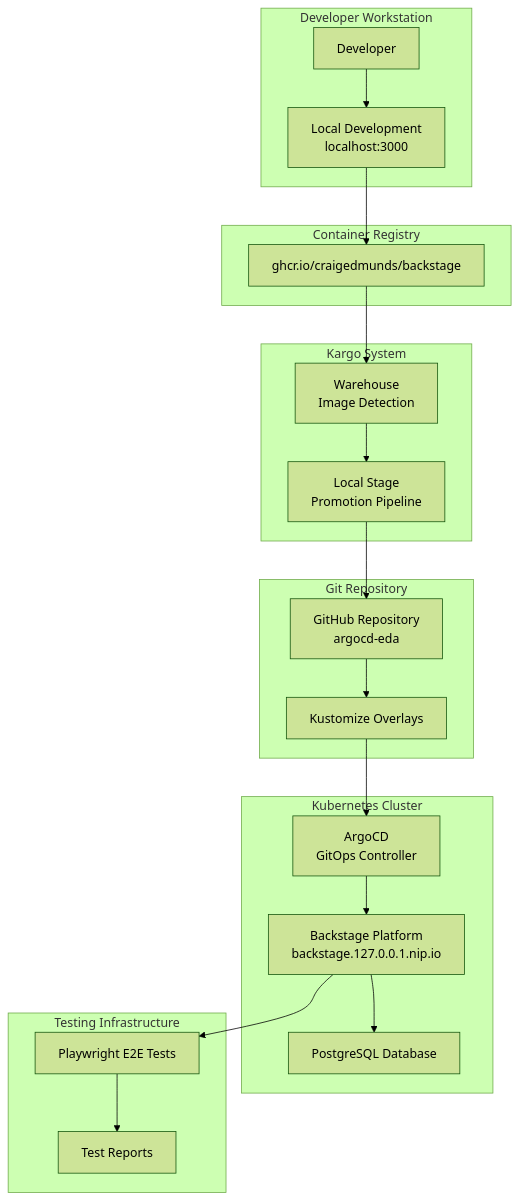
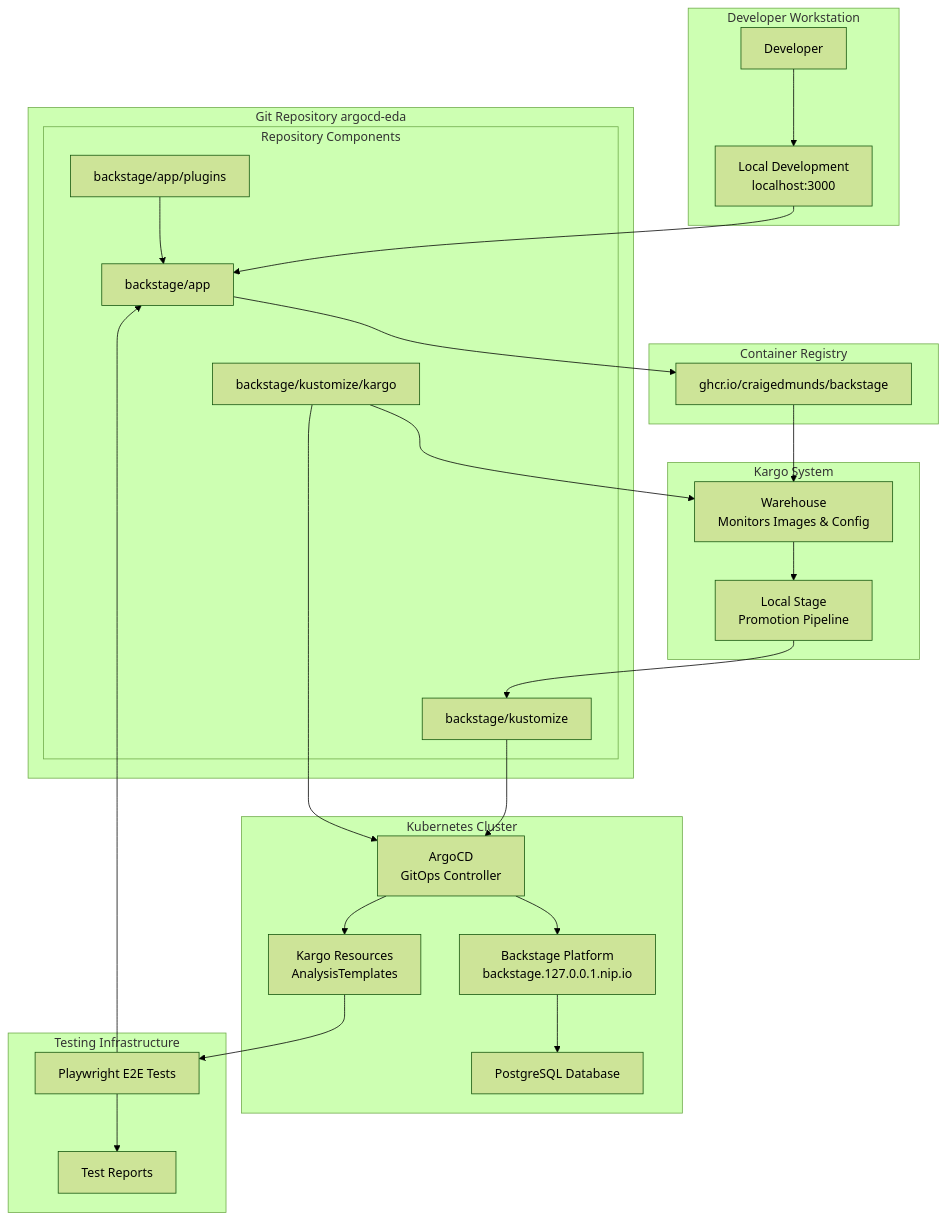
The first of 3 diagrams in .kiro/specs/backstage/design.md (craigedmunds/eda-mesh), drawn with Mermaid (forest theme) before and after one commit. The commit also changed 119 other files, not shown here.

````diff
--- a/.kiro/specs/backstage/design.md
+++ b/.kiro/specs/backstage/design.md
@@ -13,44 +13,54 @@
 ```mermaid
 graph TB
     subgraph "Developer Workstation"
         DEV[Developer]
         LOCAL[Local Development<br/>localhost:3000]
     end
     
     subgraph "Container Registry"
         GHCR[ghcr.io/craigedmunds/backstage]
     end
     
-    subgraph "Git Repository"
-        REPO[GitHub Repository<br/>argocd-eda]
-        KUSTOMIZE[Kustomize Overlays]
+    subgraph "Git Repository argocd-eda"
+        subgraph "Repository Components"
+            APP[backstage/app]
+            PLUGIN[backstage/app/plugins]
+            KUSTOMIZE[backstage/kustomize]
+            KARGO_CONFIG[backstage/kustomize/kargo]
+        end
     end
     
     subgraph "Kargo System"
-        WAREHOUSE[Warehouse<br/>Image Detection]
+        WAREHOUSE[Warehouse<br/>Monitors Images & Config]
         STAGE[Local Stage<br/>Promotion Pipeline]
     end
     
     subgraph "Kubernetes Cluster"
         ARGOCD[ArgoCD<br/>GitOps Controller]
         BACKSTAGE[Backstage Platform<br/>backstage.127.0.0.1.nip.io]
         POSTGRES[PostgreSQL Database]
+        KARGO_RESOURCES[Kargo Resources<br/>AnalysisTemplates]
     end
     
     subgraph "Testing Infrastructure"
         E2E[Playwright E2E Tests]
         REPORTS[Test Reports]
     end
     
     DEV --> LOCAL
-    LOCAL --> GHCR
+    LOCAL --> APP
+    PLUGIN--> APP
+    APP --> GHCR
     GHCR --> WAREHOUSE
+    KARGO_CONFIG --> WAREHOUSE
     WAREHOUSE --> STAGE
-    STAGE --> REPO
-    REPO --> KUSTOMIZE
+    STAGE --> KUSTOMIZE
     KUSTOMIZE --> ARGOCD
+    KARGO_CONFIG --> ARGOCD
     ARGOCD --> BACKSTAGE
+    ARGOCD --> KARGO_RESOURCES
     BACKSTAGE --> POSTGRES
-    BACKSTAGE --> E2E
+    KARGO_RESOURCES --> E2E
+    E2E --> APP
     E2E --> REPORTS
 ```
````
